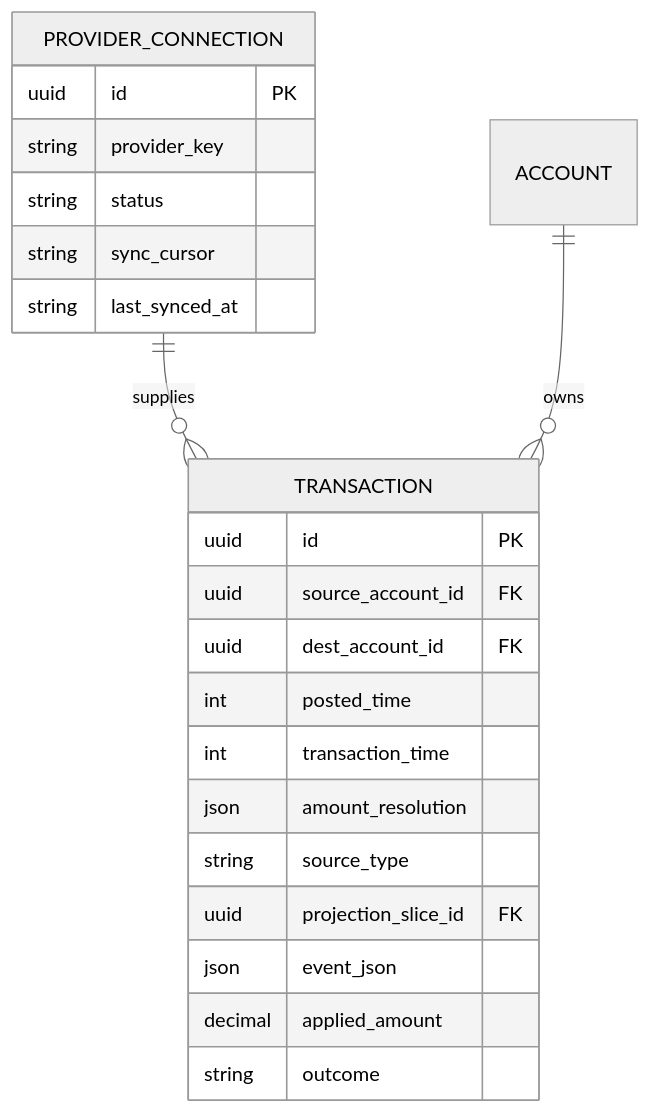
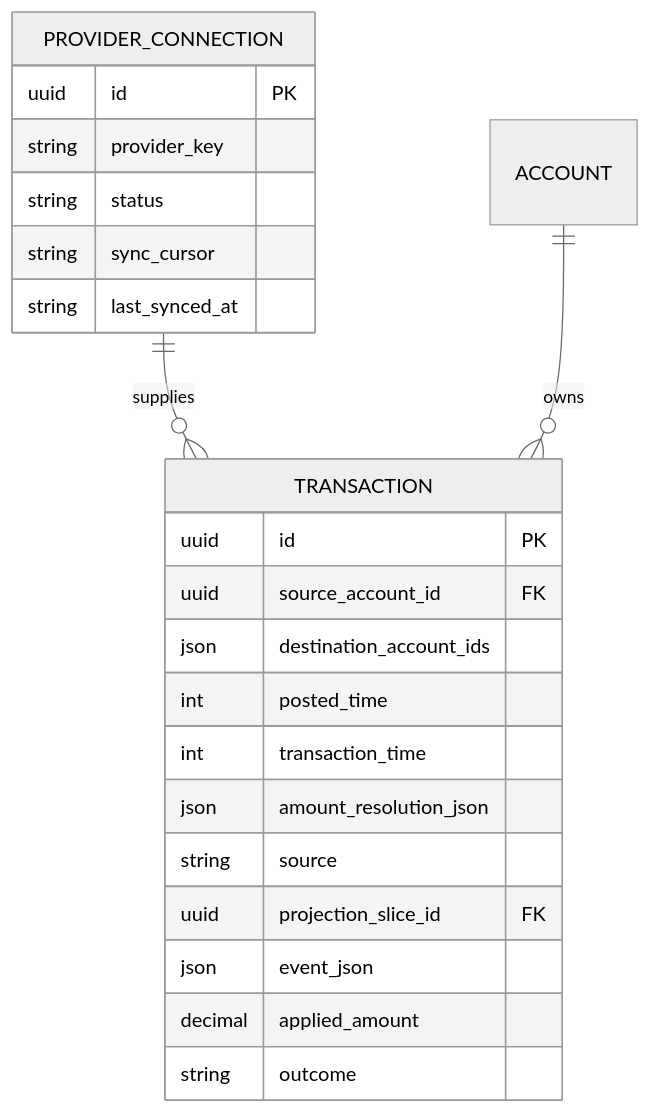
Before and after one commit to SimHoZebs/net-worth-estimator: the diagram in docs/diagrams/data-ingestion.mmd, drawn with Mermaid (neutral theme). The commit also changed 74 other files, not shown here.

```diff
--- a/docs/diagrams/data-ingestion.mmd
+++ b/docs/diagrams/data-ingestion.mmd
@@ -1,25 +1,25 @@
 erDiagram
     PROVIDER_CONNECTION ||--o{ TRANSACTION : supplies
     ACCOUNT ||--o{ TRANSACTION : owns
 
     PROVIDER_CONNECTION {
         uuid id PK
         string provider_key
         string status
         string sync_cursor
         string last_synced_at
     }
 
     TRANSACTION {
         uuid id PK
         uuid source_account_id FK
-        uuid dest_account_id FK
+        json destination_account_ids
         int posted_time
         int transaction_time
-        json amount_resolution
-        string source_type
+        json amount_resolution_json
+        string source
         uuid projection_slice_id FK
         json event_json
         decimal applied_amount
         string outcome
     }
```
